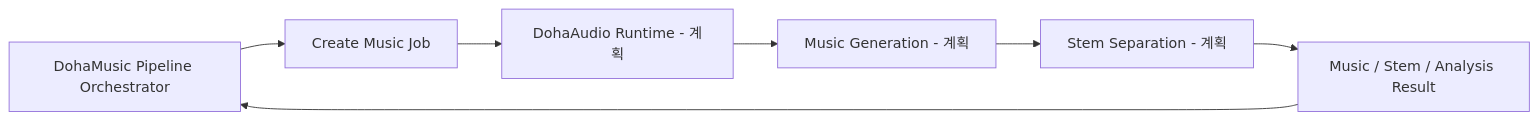
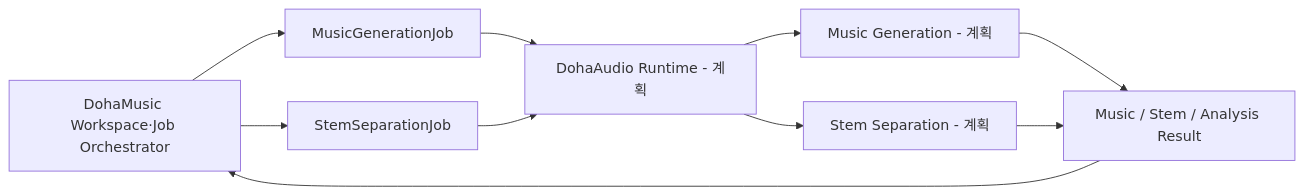
The diagram in README.md (DohaStudio/DohaAudio), drawn with Mermaid before and after one commit. The commit also changed other lines of this file and 12 other files, not shown here.

````diff
--- a/README.md
+++ b/README.md
@@ -37,11 +39,15 @@
 ```mermaid
 flowchart LR
-    DM[DohaMusic Pipeline Orchestrator]
-    JOB[Create Music Job]
+    DM[DohaMusic Workspace·Job Orchestrator]
+    MGJ[MusicGenerationJob]
+    SSJ[StemSeparationJob]
     RT[DohaAudio Runtime - 계획]
     MG[Music Generation - 계획]
     SS[Stem Separation - 계획]
     ASSET[Music / Stem / Analysis Result]
 
-    DM --> JOB --> RT --> MG --> SS --> ASSET --> DM
+    DM --> MGJ --> RT
+    DM --> SSJ --> RT
+    RT --> MG --> ASSET --> DM
+    RT --> SS --> ASSET
 ```
````
